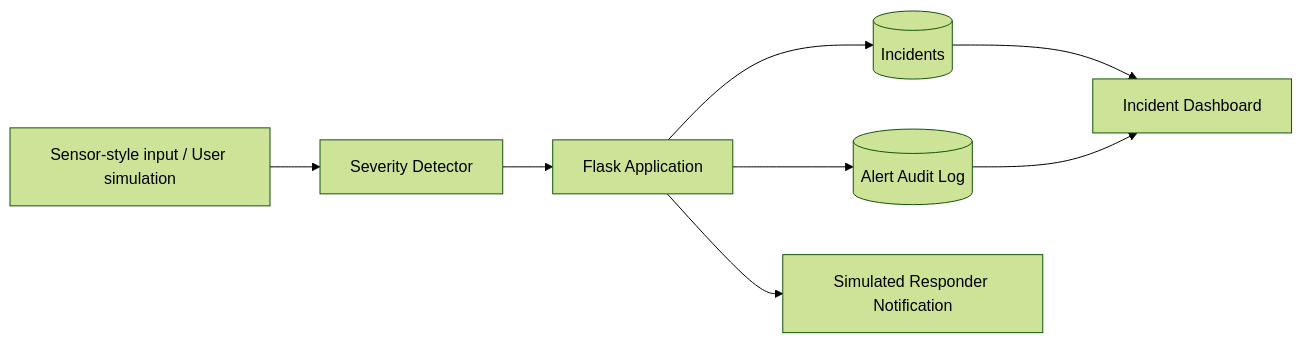
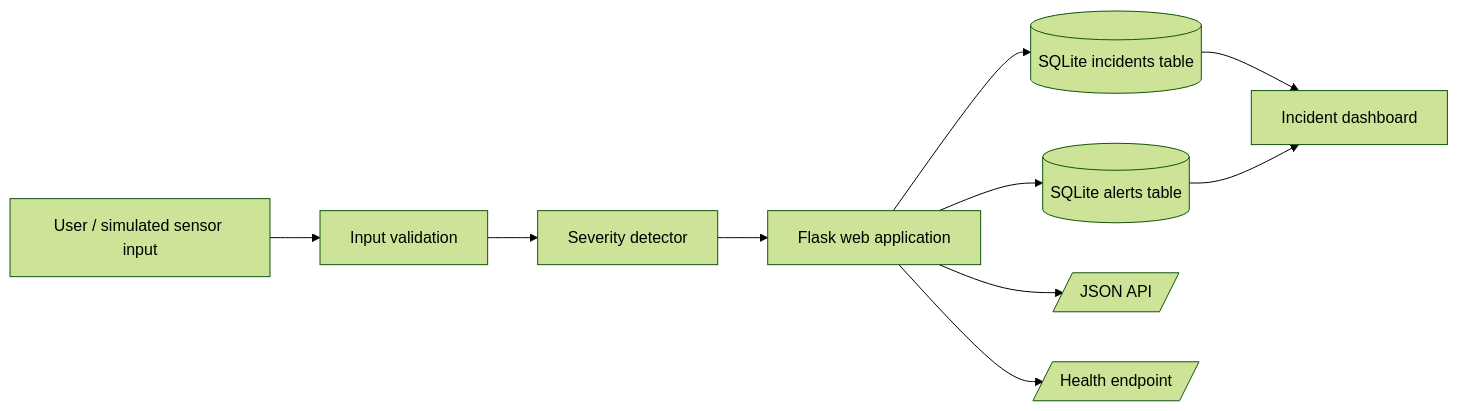
The first of 4 diagrams in docs/ARCHITECTURE.md (rsswethaa/automated-emergency-response-system), drawn with Mermaid (forest theme) before and after one commit. The commit also changed other lines of this file and 16 other files, not shown here.

````diff
--- a/docs/ARCHITECTURE.md
+++ b/docs/ARCHITECTURE.md
@@ -3,10 +7,12 @@
 ```mermaid
 flowchart LR
-    S[Sensor-style input / User simulation] --> D[Severity Detector]
-    D --> A[Flask Application]
-    A --> I[(Incidents)]
-    A --> L[(Alert Audit Log)]
-    A --> R[Simulated Responder Notification]
-    I --> B[Incident Dashboard]
-    L --> B
+    U[User / simulated sensor input] --> V[Input validation]
+    V --> D[Severity detector]
+    D --> W[Flask web application]
+    W --> I[(SQLite incidents table)]
+    W --> A[(SQLite alerts table)]
+    I --> UI[Incident dashboard]
+    A --> UI
+    W --> API[/JSON API/]
+    W --> H[/Health endpoint/]
 ```
````
